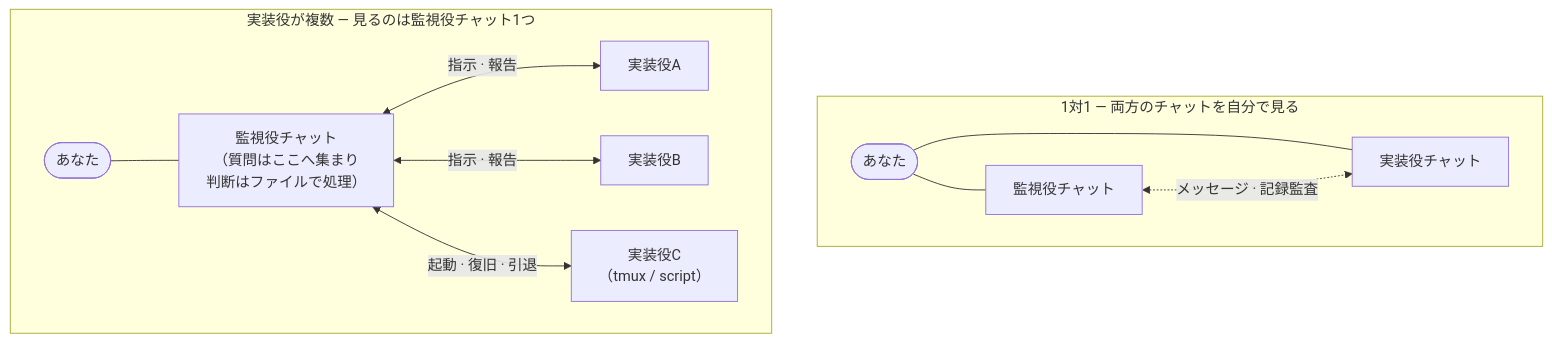
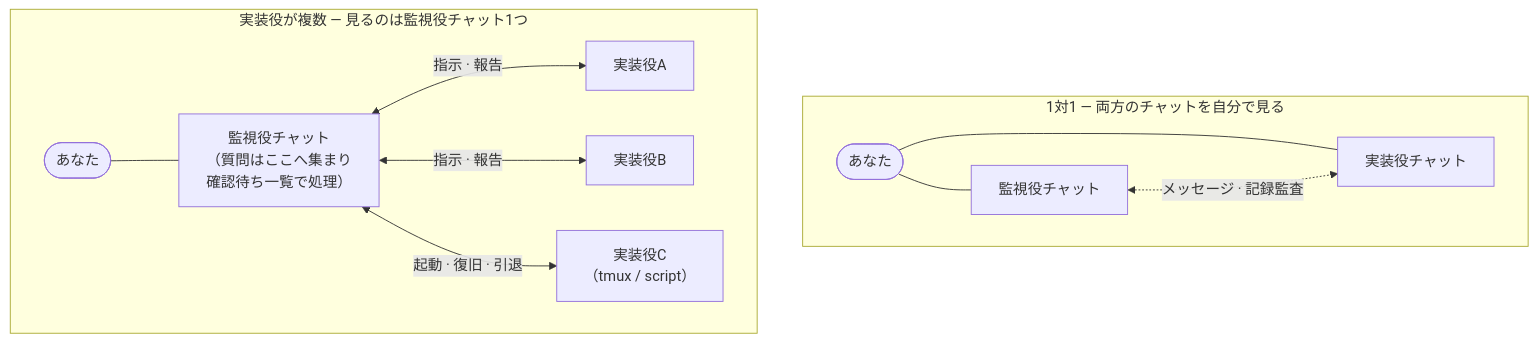
Before and after one commit to inakaegg/pair-watch: the second of 2 diagrams in README.ja.md, drawn with Mermaid. The commit also changed other lines of this file and 2 other files, not shown here.

````diff
--- a/README.ja.md
+++ b/README.ja.md
@@ -61,16 +61,16 @@
 ```mermaid
 flowchart TB
     subgraph classic["1対1 — 両方のチャットを自分で見る"]
         direction LR
         U1([あなた]) --- W1["監視役チャット"]
         U1 --- I1["実装役チャット"]
         W1 <-.->|"メッセージ · 記録監査"| I1
     end
     subgraph multi["実装役が複数 — 見るのは監視役チャット1つ"]
         direction LR
-        U2([あなた]) --- W2["監視役チャット<br/>（質問はここへ集まり<br/>判断はファイルで処理）"]
+        U2([あなた]) --- W2["監視役チャット<br/>（質問はここへ集まり<br/>確認待ち一覧で処理）"]
         W2 <-->|"指示 · 報告"| A["実装役A"]
         W2 <-->|"指示 · 報告"| B["実装役B"]
         W2 <-->|"起動 · 復旧 · 引退"| C["実装役C<br/>（tmux / script）"]
     end
 ```
````
